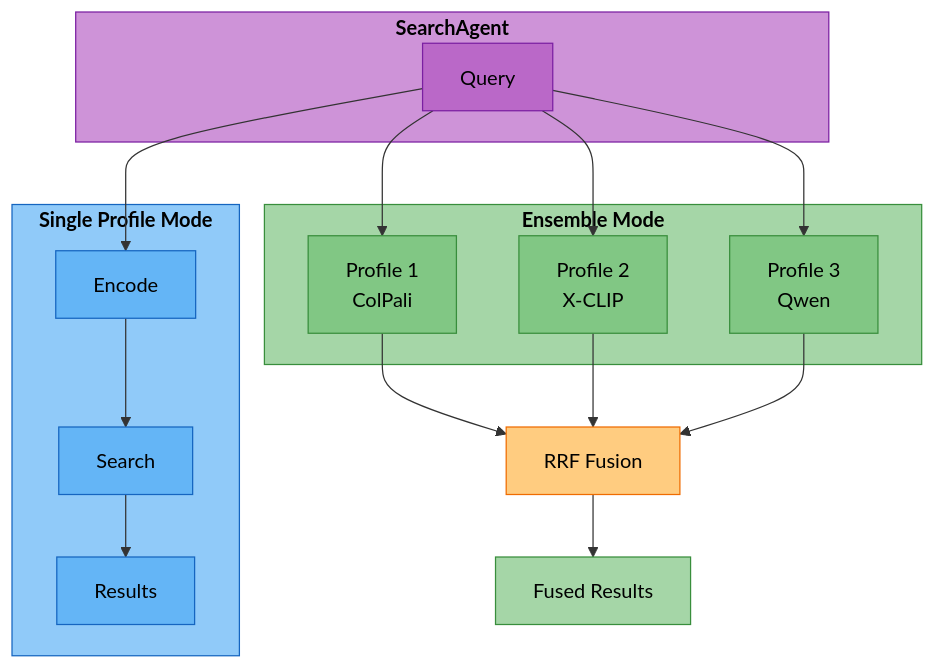
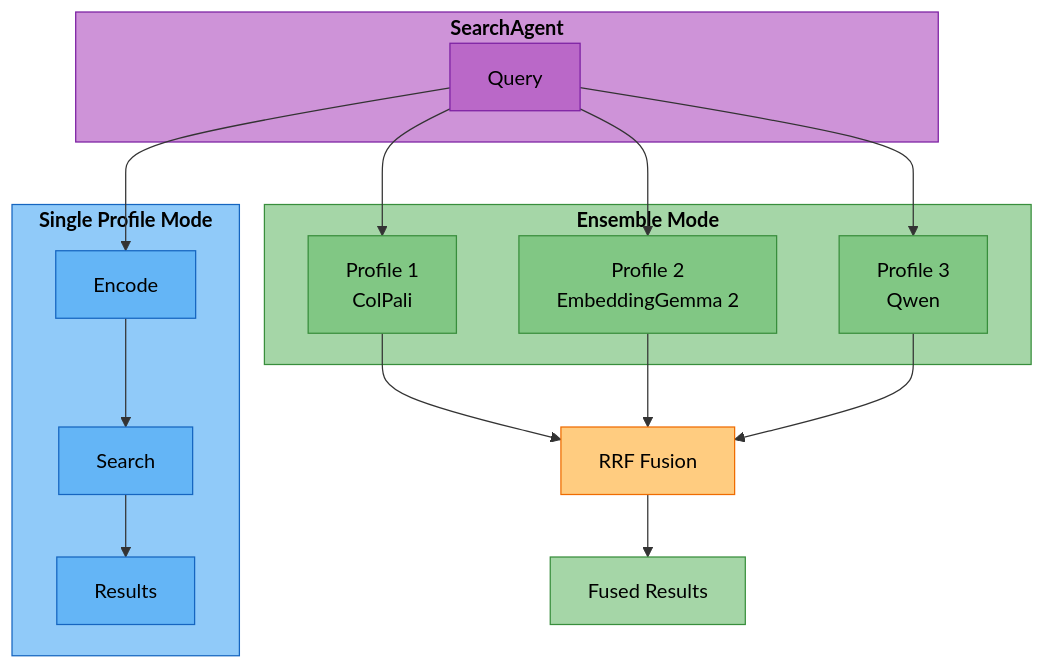
One commit to amit-jain/cogniverse changed the diagram in docs/architecture/ensemble-composition.md. Above: the diagram before and after it, drawn with Mermaid. The commit also changed other lines of this file and 161 other files, not shown here.

````diff
--- a/docs/architecture/ensemble-composition.md
+++ b/docs/architecture/ensemble-composition.md
@@ -11,47 +11,47 @@
 ```mermaid
 flowchart TB
     subgraph Agent["<span style='color:#000'><b>SearchAgent</b></span>"]
         Query["<span style='color:#000'>Query</span>"]
     end
 
     subgraph Single["<span style='color:#000'><b>Single Profile Mode</b></span>"]
         Encode["<span style='color:#000'>Encode</span>"]
         Search["<span style='color:#000'>Search</span>"]
         Results1["<span style='color:#000'>Results</span>"]
     end
 
     subgraph Ensemble["<span style='color:#000'><b>Ensemble Mode</b></span>"]
         P1["<span style='color:#000'>Profile 1<br/>ColPali</span>"]
-        P2["<span style='color:#000'>Profile 2<br/>X-CLIP</span>"]
+        P2["<span style='color:#000'>Profile 2<br/>EmbeddingGemma 2</span>"]
         P3["<span style='color:#000'>Profile 3<br/>Qwen</span>"]
     end
 
     RRF["<span style='color:#000'>RRF Fusion</span>"]
     Fused["<span style='color:#000'>Fused Results</span>"]
 
     Query --> Encode
     Encode --> Search
     Search --> Results1
 
     Query --> P1
     Query --> P2
     Query --> P3
     P1 --> RRF
     P2 --> RRF
     P3 --> RRF
     RRF --> Fused
 
     style Agent fill:#ce93d8,stroke:#7b1fa2,color:#000
     style Single fill:#90caf9,stroke:#1565c0,color:#000
     style Ensemble fill:#a5d6a7,stroke:#388e3c,color:#000
 
     style Query fill:#ba68c8,stroke:#7b1fa2,color:#000
     style Encode fill:#64b5f6,stroke:#1565c0,color:#000
     style Search fill:#64b5f6,stroke:#1565c0,color:#000
     style Results1 fill:#64b5f6,stroke:#1565c0,color:#000
     style P1 fill:#81c784,stroke:#388e3c,color:#000
     style P2 fill:#81c784,stroke:#388e3c,color:#000
     style P3 fill:#81c784,stroke:#388e3c,color:#000
     style RRF fill:#ffcc80,stroke:#ef6c00,color:#000
     style Fused fill:#a5d6a7,stroke:#388e3c,color:#000
 ```
````
